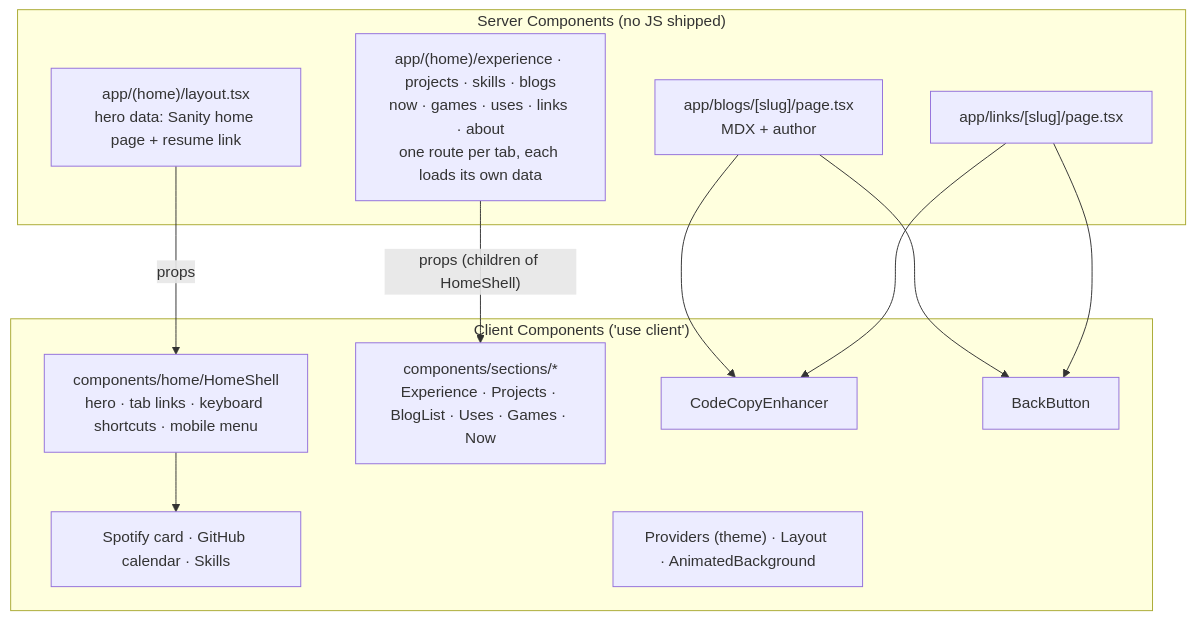
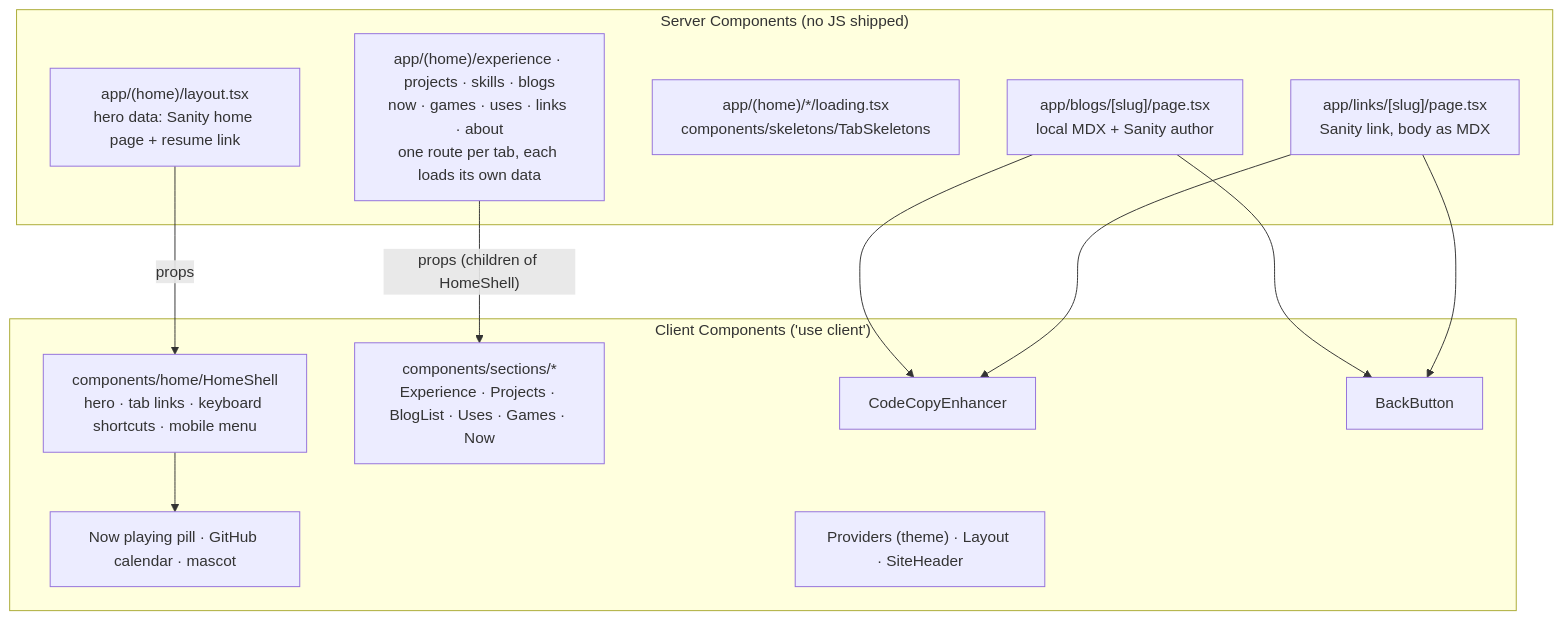
Before and after one commit to Pratham82/portfolio-v5: the third of 3 diagrams in docs/architecture.md, drawn with Mermaid. The commit also changed other lines of this file and 6 other files, not shown here.

Commit message:
docs: ✏️ bring the architecture and docs up to date

````diff
--- a/docs/architecture.md
+++ b/docs/architecture.md
@@ -45,26 +76,27 @@
 ```mermaid
 flowchart TB
     subgraph Server["Server Components (no JS shipped)"]
         HomeLayout["app/(home)/layout.tsx<br/>hero data: Sanity home page + resume link"]
-        BlogPage["app/blogs/[slug]/page.tsx<br/>MDX + author"]
-        LinkPage["app/links/[slug]/page.tsx"]
-        SectionPages["app/(home)/experience · projects · skills · blogs<br/>now · games · uses · links · about<br/>one route per tab, each loads its own data"]
+        TabPages["app/(home)/experience · projects · skills · blogs<br/>now · games · uses · links · about<br/>one route per tab, each loads its own data"]
+        Skeletons["app/(home)/*/loading.tsx<br/>components/skeletons/TabSkeletons"]
+        BlogPage["app/blogs/[slug]/page.tsx<br/>local MDX + Sanity author"]
+        LinkPage["app/links/[slug]/page.tsx<br/>Sanity link, body as MDX"]
     end
 
     subgraph Client["Client Components ('use client')"]
         HomeShell["components/home/HomeShell<br/>hero · tab links · keyboard shortcuts · mobile menu"]
-        Widgets["Spotify card · GitHub calendar · Skills"]
+        Widgets["Now playing pill · GitHub calendar · mascot"]
         Sections["components/sections/*<br/>Experience · Projects · BlogList · Uses · Games · Now"]
         Copy["CodeCopyEnhancer"]
         Back["BackButton"]
-        Shell["Providers (theme) · Layout · AnimatedBackground"]
+        Shell["Providers (theme) · Layout · SiteHeader"]
     end
 
     HomeLayout -- props --> HomeShell
     HomeShell --> Widgets
-    SectionPages -- "props (children of HomeShell)" --> Sections
+    TabPages -- "props (children of HomeShell)" --> Sections
     BlogPage --> Copy
     BlogPage --> Back
     LinkPage --> Copy
     LinkPage --> Back
 ```
````
